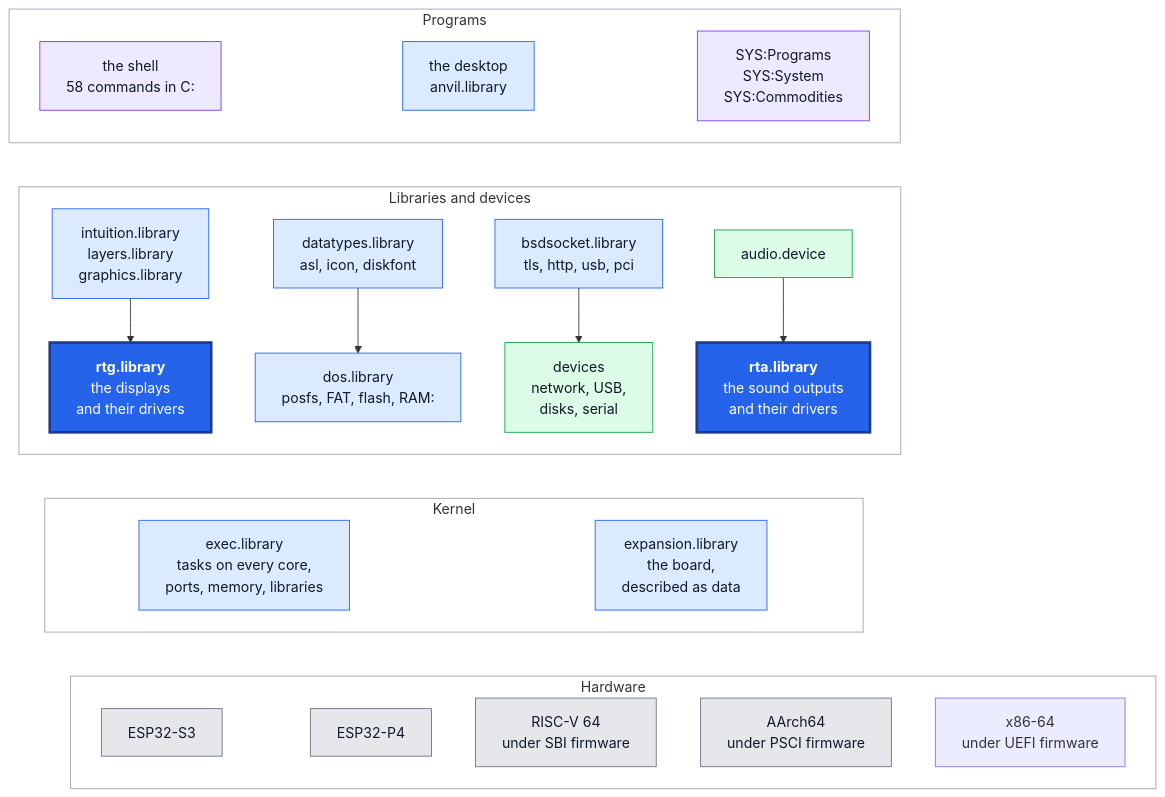
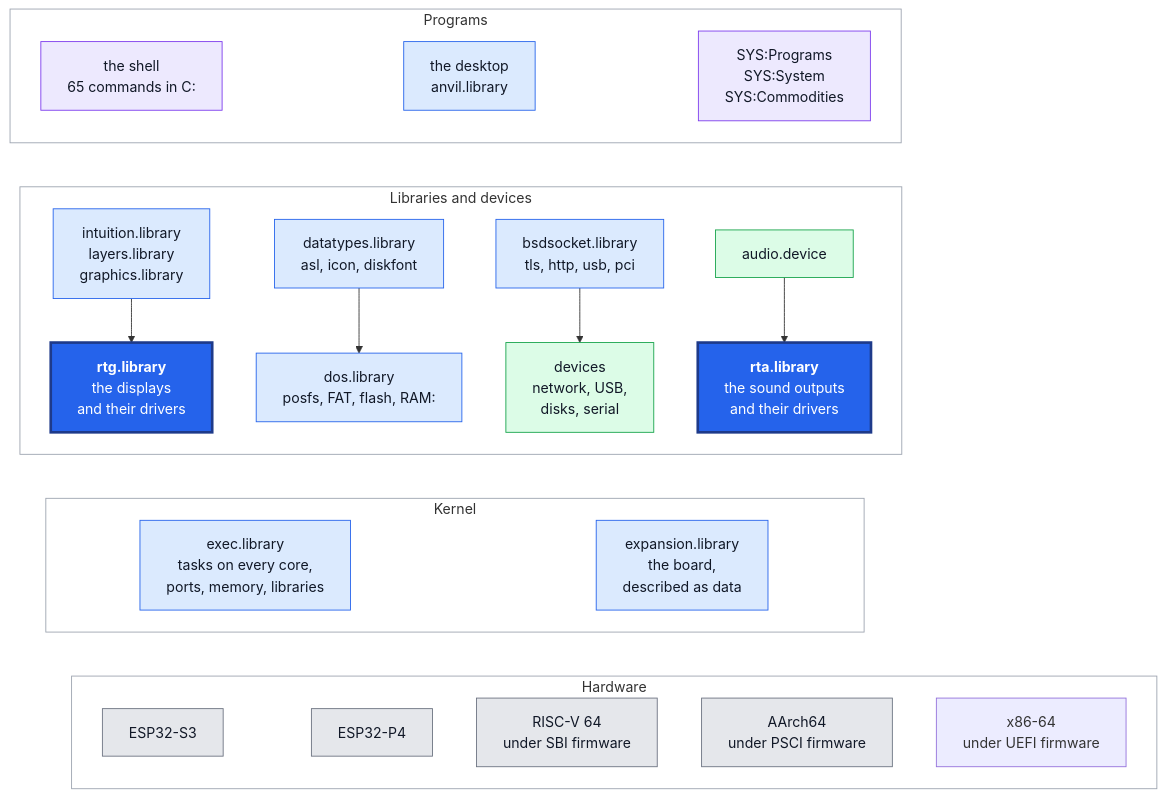
The diagram in README.md (cycl0ne/poweros_esp32), drawn with Mermaid before and after one commit. The commit also changed other lines of this file and 32 other files, not shown here.

````diff
--- a/README.md
+++ b/README.md
@@ -86,65 +86,65 @@
 ```mermaid
 flowchart TB
     subgraph m_programs ["Programs"]
-        m_shell["the shell<br/>58 commands in C:"]
+        m_shell["the shell<br/>65 commands in C:"]
         m_desktop["the desktop<br/>anvil.library"]
         m_apps["SYS:Programs<br/>SYS:System<br/>SYS:Commodities"]
     end
 
     subgraph m_modules ["Libraries and devices"]
         m_intuition["intuition.library<br/>layers.library<br/>graphics.library"]
         m_datatypes["datatypes.library<br/>asl, icon, diskfont"]
         m_network["bsdsocket.library<br/>tls, http, usb, pci"]
         m_audio["audio.device"]
         m_rtg["<b>rtg.library</b><br/>the displays<br/>and their drivers"]
         m_dos["dos.library<br/>posfs, FAT, flash, RAM:"]
         m_devices["devices<br/>network, USB,<br/>disks, serial"]
         m_rta["<b>rta.library</b><br/>the sound outputs<br/>and their drivers"]
     end
 
     subgraph m_kernel ["Kernel"]
         m_exec["exec.library<br/>tasks on every core,<br/>ports, memory, libraries"]
         m_expansion["expansion.library<br/>the board,<br/>described as data"]
     end
 
     subgraph m_hardware ["Hardware"]
         m_s3["ESP32-S3"]
         m_p4["ESP32-P4"]
         m_rv64["RISC-V 64<br/>under SBI firmware"]
         m_a64["AArch64<br/>under PSCI firmware"]
         m_x64["x86-64<br/>under UEFI firmware"]
     end
 
     m_intuition --> m_rtg
     m_datatypes --> m_dos
     m_network --> m_devices
     m_audio --> m_rta
 
     m_shell ~~~ m_intuition
     m_desktop ~~~ m_datatypes
     m_desktop ~~~ m_network
     m_apps ~~~ m_audio
     m_rtg ~~~ m_exec
     m_dos ~~~ m_exec
     m_devices ~~~ m_expansion
     m_rta ~~~ m_expansion
     m_exec ~~~ m_s3
     m_exec ~~~ m_p4
     m_expansion ~~~ m_rv64
     m_expansion ~~~ m_a64
 
     classDef prog fill:#ede9fe,stroke:#7c3aed,color:#111827
     class m_shell,m_apps prog
     classDef lib fill:#dbeafe,stroke:#2563eb,color:#111827
     class m_desktop,m_intuition,m_datatypes,m_network,m_dos,m_exec,m_expansion lib
     classDef dev fill:#dcfce7,stroke:#16a34a,color:#111827
     class m_audio,m_devices dev
     classDef key fill:#2563eb,stroke:#1e3a8a,stroke-width:3px,color:#ffffff
     class m_rtg,m_rta key
     classDef chip fill:#e5e7eb,stroke:#6b7280,color:#111827
     class m_s3,m_p4,m_rv64,m_a64 chip
     style m_programs fill:none,stroke:#9ca3af
     style m_modules fill:none,stroke:#9ca3af
     style m_kernel fill:none,stroke:#9ca3af
     style m_hardware fill:none,stroke:#9ca3af
 ```
````
